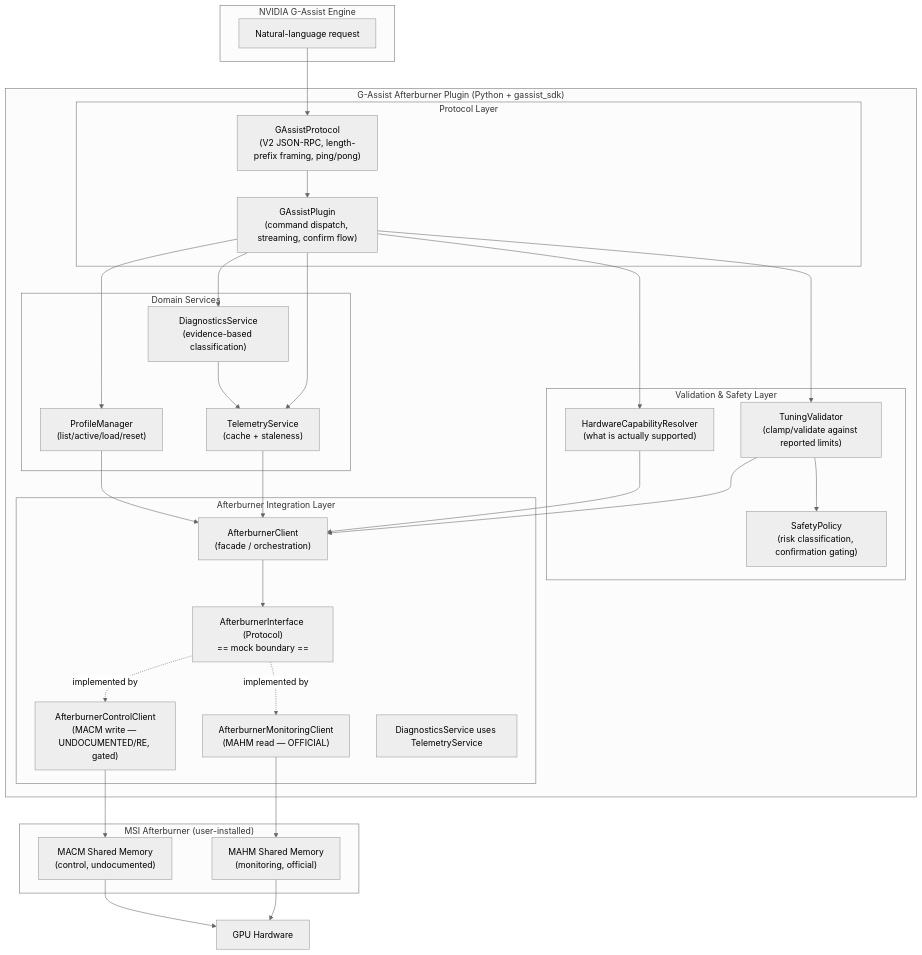
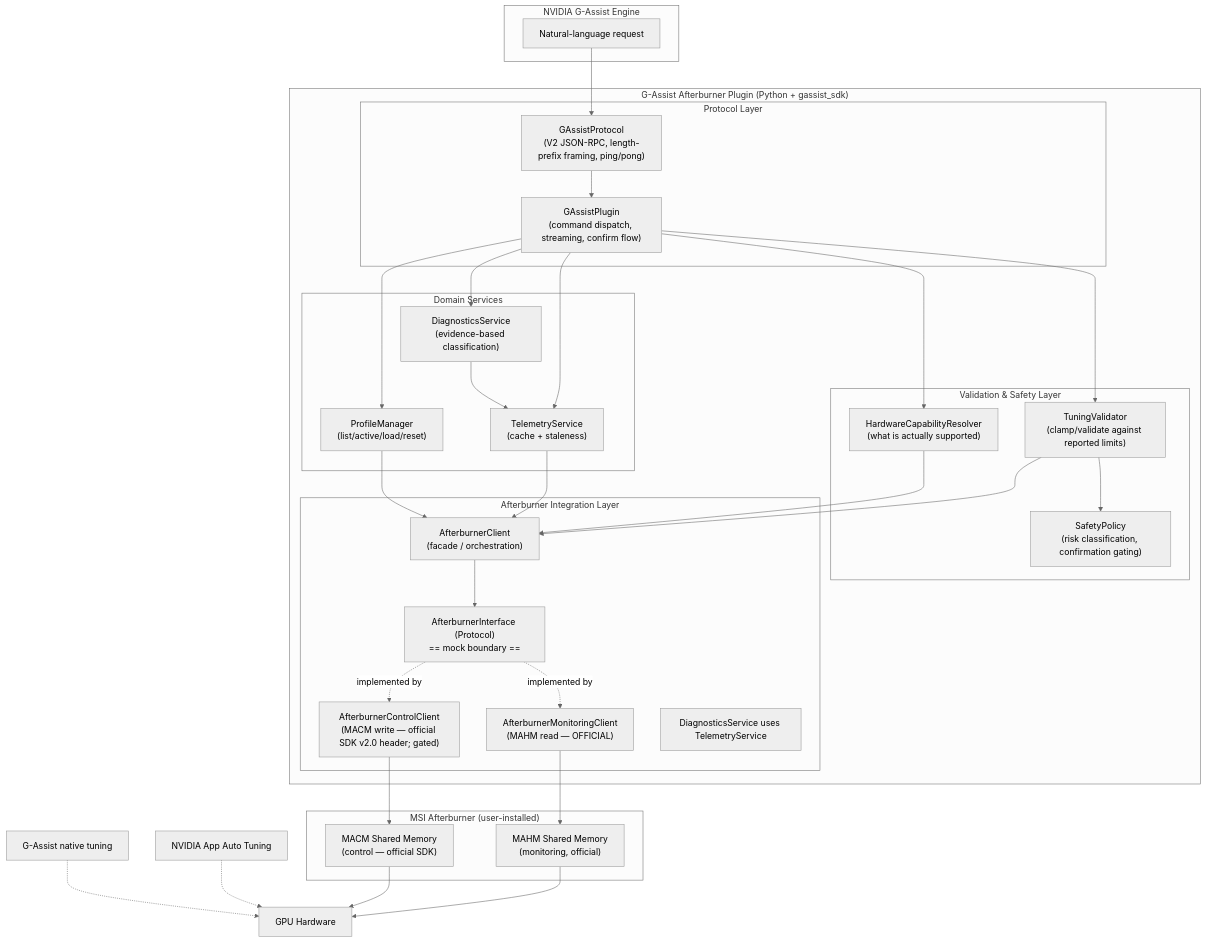
The diagram in .kiro/specs/afterburner-gassist-plugin/design.md (tonythethompson/afterburner-gassist-plugin), drawn with Mermaid (neutral theme) before and after one commit. The commit also changed other lines of this file and 83 other files, not shown here.

First line of the commit message:
Implement the Afterburner G-Assist plugin end to end

````diff
--- a/.kiro/specs/afterburner-gassist-plugin/design.md
+++ b/.kiro/specs/afterburner-gassist-plugin/design.md
@@ -123,55 +161,57 @@
 ```mermaid
 graph TD
     subgraph GA["NVIDIA G-Assist Engine"]
         NL["Natural-language request"]
     end
 
     subgraph Plugin["G-Assist Afterburner Plugin (Python + gassist_sdk)"]
         subgraph ProtoLayer["Protocol Layer"]
             GAP["GAssistPlugin<br/>(command dispatch, streaming, confirm flow)"]
             GPR["GAssistProtocol<br/>(V2 JSON-RPC, length-prefix framing, ping/pong)"]
         end
         subgraph SafetyLayer["Validation & Safety Layer"]
             TV["TuningValidator<br/>(clamp/validate against reported limits)"]
             SP["SafetyPolicy<br/>(risk classification, confirmation gating)"]
             HCR["HardwareCapabilityResolver<br/>(what is actually supported)"]
         end
         subgraph Services["Domain Services"]
             TS["TelemetryService<br/>(cache + staleness)"]
             PM["ProfileManager<br/>(list/active/load/reset)"]
             DS["DiagnosticsService<br/>(evidence-based classification)"]
         end
         subgraph AbLayer["Afterburner Integration Layer"]
             AC["AfterburnerClient<br/>(facade / orchestration)"]
             ABI["AfterburnerInterface (Protocol)<br/>== mock boundary =="]
             MON["AfterburnerMonitoringClient<br/>(MAHM read — OFFICIAL)"]
-            CTL["AfterburnerControlClient<br/>(MACM write — UNDOCUMENTED/RE, gated)"]
+            CTL["AfterburnerControlClient<br/>(MACM write — official SDK v2.0 header; gated)"]
             DIAGSVC["DiagnosticsService uses TelemetryService"]
         end
     end
 
     subgraph AB["MSI Afterburner (user-installed)"]
         MAHM["MAHM Shared Memory<br/>(monitoring, official)"]
-        MACM["MACM Shared Memory<br/>(control, undocumented)"]
+        MACM["MACM Shared Memory<br/>(control — official SDK)"]
     end
     GPU["GPU Hardware"]
 
     NL --> GPR --> GAP
     GAP --> TV --> SP
     GAP --> HCR
     GAP --> TS
     GAP --> PM
     GAP --> DS
     TV --> AC
     HCR --> AC
     TS --> AC
     PM --> AC
     DS --> TS
     AC --> ABI
     ABI -.implemented by.-> MON
     ABI -.implemented by.-> CTL
     MON --> MAHM
     CTL --> MACM
     MAHM --> GPU
     MACM --> GPU
+    NAAPP["NVIDIA App Auto Tuning"] -.-> GPU
+    GANATIVE["G-Assist native tuning"] -.-> GPU
 ```
````
